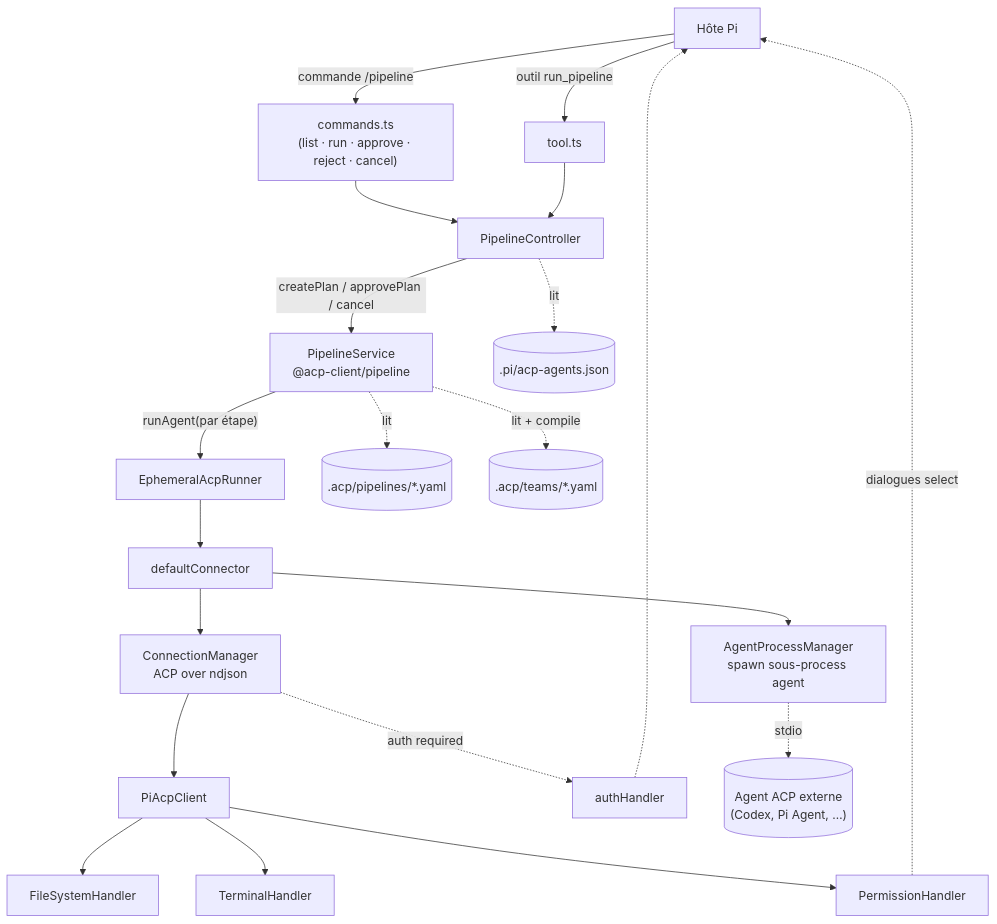
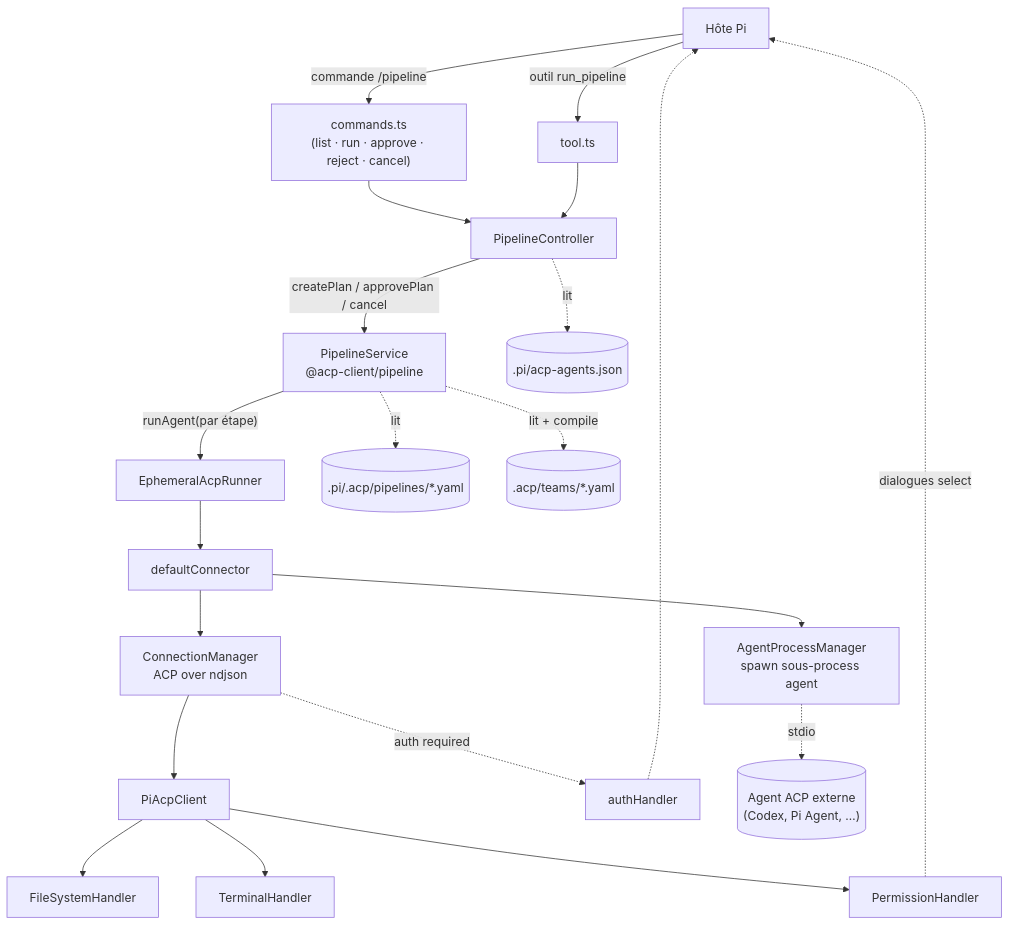
One commit to maurice30120/vscode-acp changed the first of 4 diagrams in packages/acp-pi-extension/README.md. Above: the diagram before and after it, drawn with Mermaid. The commit also changed other lines of this file and 20 other files, not shown here.

````diff
--- a/packages/acp-pi-extension/README.md
+++ b/packages/acp-pi-extension/README.md
@@ -187,28 +187,28 @@
 ```mermaid
 flowchart TD
   Host["Hôte Pi"]
 
   Host -->|"commande /pipeline"| Cmds["commands.ts<br/>(list · run · approve · reject · cancel)"]
   Host -->|"outil run_pipeline"| Tool["tool.ts"]
   Cmds --> Ctrl["PipelineController"]
   Tool --> Ctrl
 
   Ctrl -->|"createPlan / approvePlan / cancel"| Svc["PipelineService<br/>@acp-client/pipeline"]
   Svc -->|"runAgent(par étape)"| Runner["EphemeralAcpRunner"]
   Runner --> Conn["defaultConnector"]
 
   Conn --> Proc["AgentProcessManager<br/>spawn sous-process agent"]
   Conn --> Cm["ConnectionManager<br/>ACP over ndjson"]
   Cm --> Client["PiAcpClient"]
   Client --> FS["FileSystemHandler"]
   Client --> Term["TerminalHandler"]
   Client --> Perm["PermissionHandler"]
   Perm -.->|"dialogues select"| Host
   Cm -.->|"auth required"| Auth["authHandler"]
   Auth -.-> Host
 
   Ctrl -.->|"lit"| Cfg[(".pi/acp-agents.json")]
-  Svc -.->|"lit"| Pipes[(".acp/pipelines/*.yaml")]
+  Svc -.->|"lit"| Pipes[(".pi/.acp/pipelines/*.yaml")]
   Svc -.->|"lit + compile"| Teams[(".acp/teams/*.yaml")]
   Proc -.->|"stdio"| Agent[("Agent ACP externe<br/>(Codex, Pi Agent, …)")]
 ```
````
